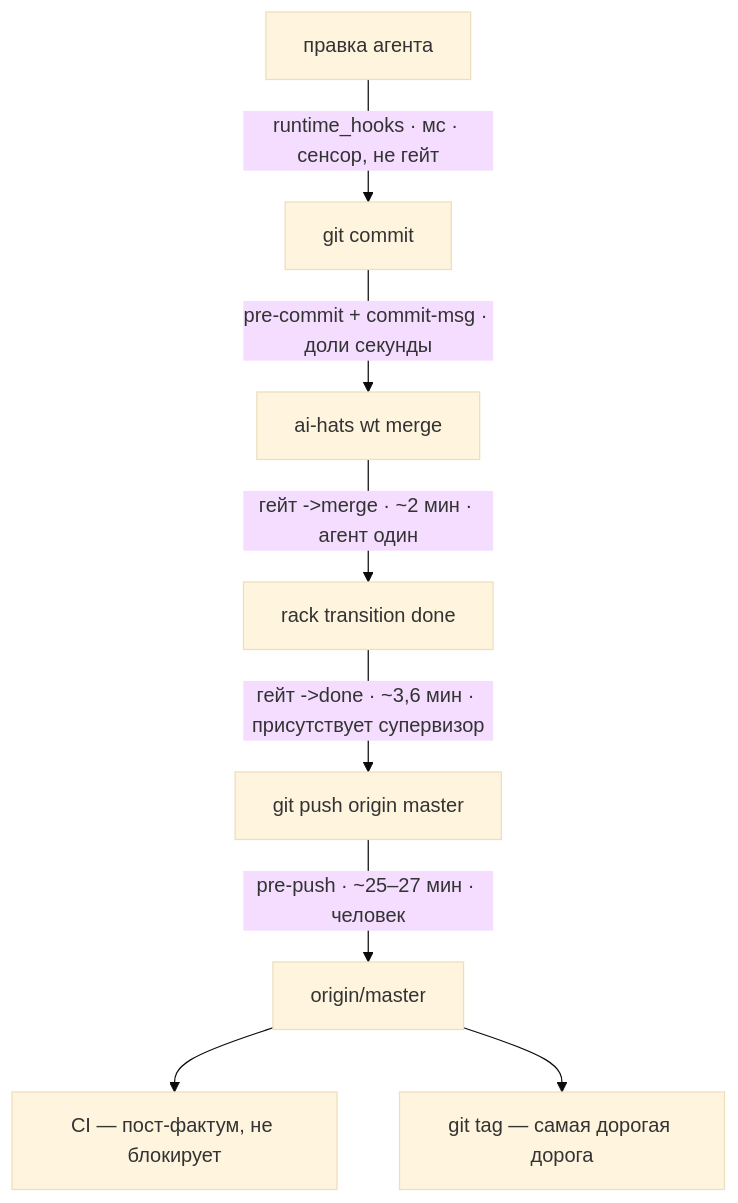
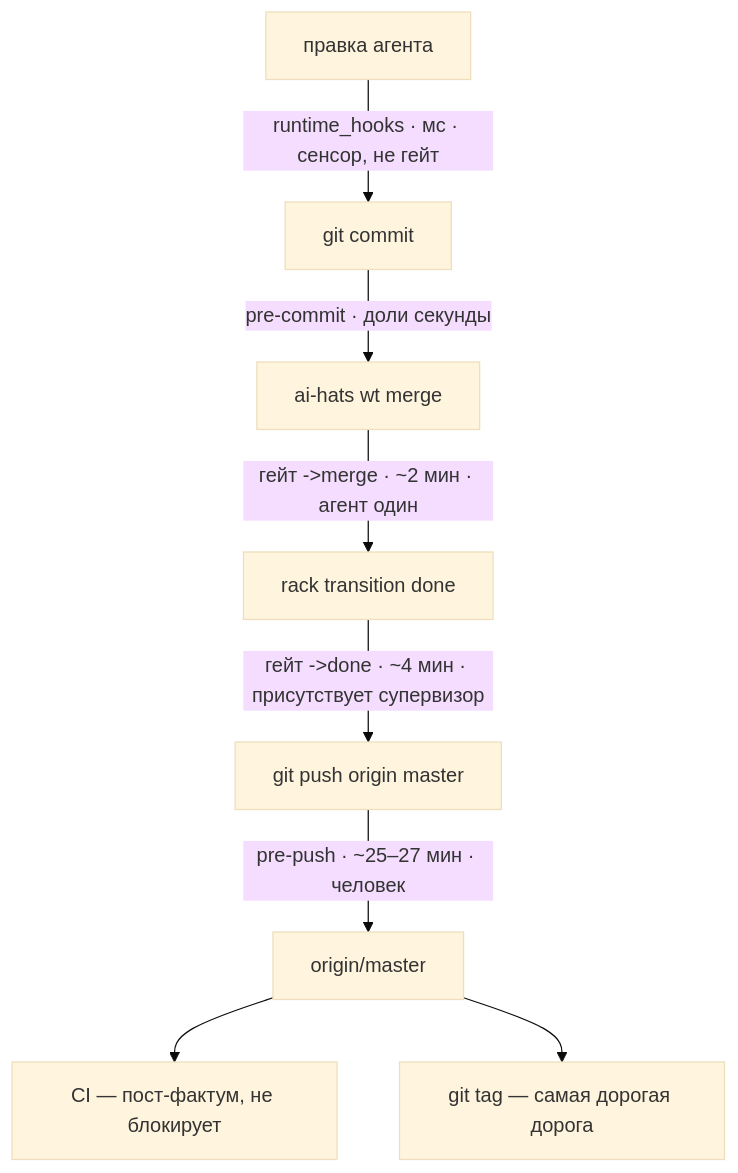
Before and after one commit to muratovv/ai-hats: the diagram in docs/adr/0026-quality-gate.md, drawn with Mermaid (base theme). The commit also changed other lines of this file and 1 other file, not shown here.

First line of the commit message:
docs/gate: reconcile ADR-0026 with the tree (HATS-1655)

````diff
--- a/docs/adr/0026-quality-gate.md
+++ b/docs/adr/0026-quality-gate.md
@@ -112,10 +141,10 @@
 ```mermaid
 flowchart TD
     A["правка агента"] -->|"runtime_hooks · мс · сенсор, не гейт"| B["git commit"]
-    B -->|"pre-commit + commit-msg · доли секунды"| C["ai-hats wt merge"]
+    B -->|"pre-commit · доли секунды"| C["ai-hats wt merge"]
     C -->|"гейт ->merge · ~2 мин · агент один"| D["rack transition done"]
-    D -->|"гейт ->done · ~3,6 мин · присутствует супервизор"| E["git push origin master"]
+    D -->|"гейт ->done · ~4 мин · присутствует супервизор"| E["git push origin master"]
     E -->|"pre-push · ~25–27 мин · человек"| F["origin/master"]
     F --> G["CI — пост-фактум, не блокирует"]
     F --> H["git tag — самая дорогая дорога"]
 ```
````
